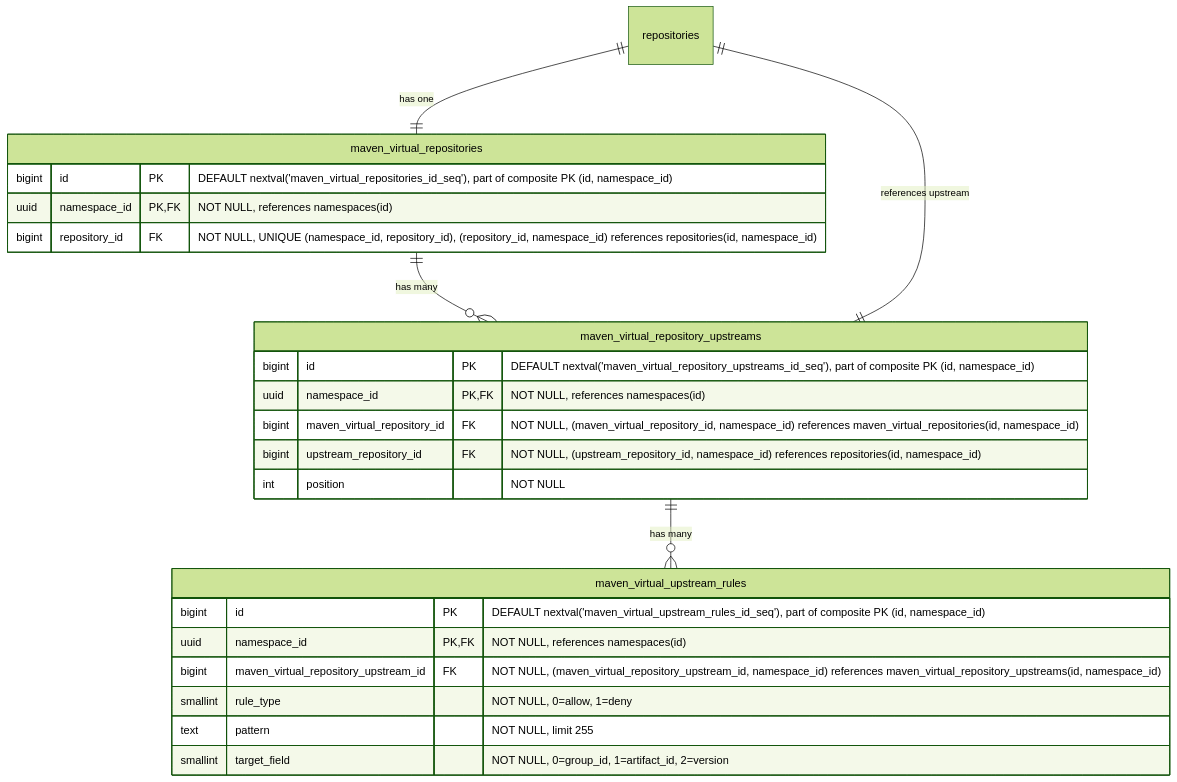
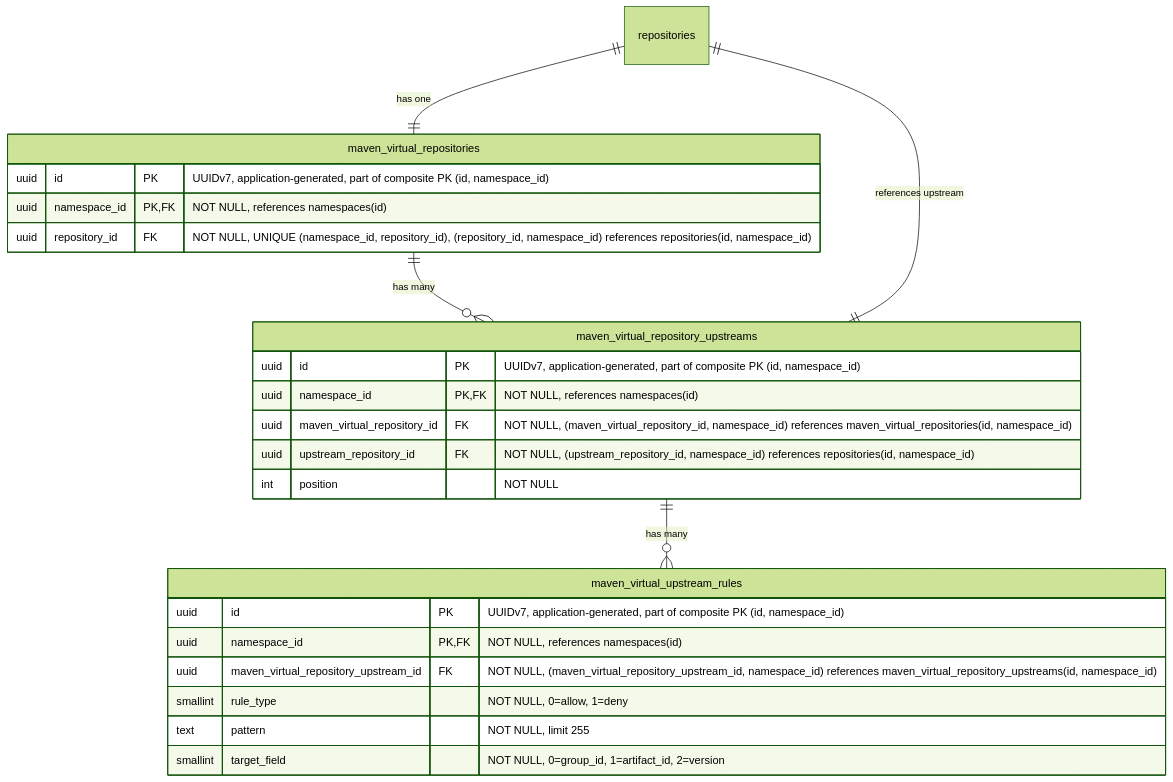
One commit to kyama0/gitlab-handbook-ja changed diagram 12 of 19 in content/handbook/engineering/architecture/design-documents/artifact_registry/decisions/007_database_schema.md. Above: the diagram before and after it, drawn with Mermaid (forest theme). The commit also changed other lines of this file and 105 other files, not shown here.

````diff
--- a/content/handbook/engineering/architecture/design-documents/artifact_registry/decisions/007_database_schema.md
+++ b/content/handbook/engineering/architecture/design-documents/artifact_registry/decisions/007_database_schema.md
@@ -1013,30 +1027,30 @@
 ```mermaid
 erDiagram
     repositories ||--|| maven_virtual_repositories : "has one"
     maven_virtual_repositories ||--o{ maven_virtual_repository_upstreams : "has many"
     maven_virtual_repository_upstreams ||--|| repositories : "references upstream"
     maven_virtual_repository_upstreams ||--o{ maven_virtual_upstream_rules : "has many"
 
     maven_virtual_repositories {
-        bigint id PK "DEFAULT nextval('maven_virtual_repositories_id_seq'), part of composite PK (id, namespace_id)"
+        uuid id PK "UUIDv7, application-generated, part of composite PK (id, namespace_id)"
         uuid namespace_id PK,FK "NOT NULL, references namespaces(id)"
-        bigint repository_id FK "NOT NULL, UNIQUE (namespace_id, repository_id), (repository_id, namespace_id) references repositories(id, namespace_id)"
+        uuid repository_id FK "NOT NULL, UNIQUE (namespace_id, repository_id), (repository_id, namespace_id) references repositories(id, namespace_id)"
     }
 
     maven_virtual_repository_upstreams {
-        bigint id PK "DEFAULT nextval('maven_virtual_repository_upstreams_id_seq'), part of composite PK (id, namespace_id)"
+        uuid id PK "UUIDv7, application-generated, part of composite PK (id, namespace_id)"
         uuid namespace_id PK,FK "NOT NULL, references namespaces(id)"
-        bigint maven_virtual_repository_id FK "NOT NULL, (maven_virtual_repository_id, namespace_id) references maven_virtual_repositories(id, namespace_id)"
-        bigint upstream_repository_id FK "NOT NULL, (upstream_repository_id, namespace_id) references repositories(id, namespace_id)"
+        uuid maven_virtual_repository_id FK "NOT NULL, (maven_virtual_repository_id, namespace_id) references maven_virtual_repositories(id, namespace_id)"
+        uuid upstream_repository_id FK "NOT NULL, (upstream_repository_id, namespace_id) references repositories(id, namespace_id)"
         int position "NOT NULL"
     }
 
     maven_virtual_upstream_rules {
-        bigint id PK "DEFAULT nextval('maven_virtual_upstream_rules_id_seq'), part of composite PK (id, namespace_id)"
+        uuid id PK "UUIDv7, application-generated, part of composite PK (id, namespace_id)"
         uuid namespace_id PK,FK "NOT NULL, references namespaces(id)"
-        bigint maven_virtual_repository_upstream_id FK "NOT NULL, (maven_virtual_repository_upstream_id, namespace_id) references maven_virtual_repository_upstreams(id, namespace_id)"
+        uuid maven_virtual_repository_upstream_id FK "NOT NULL, (maven_virtual_repository_upstream_id, namespace_id) references maven_virtual_repository_upstreams(id, namespace_id)"
         smallint rule_type "NOT NULL, 0=allow, 1=deny"
         text pattern "NOT NULL, limit 255"
         smallint target_field "NOT NULL, 0=group_id, 1=artifact_id, 2=version"
     }
 ```
````
